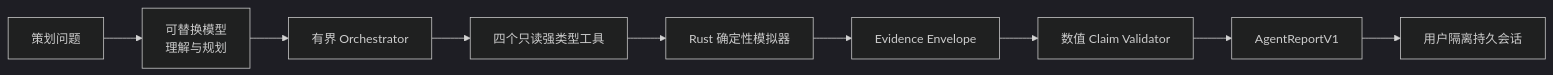
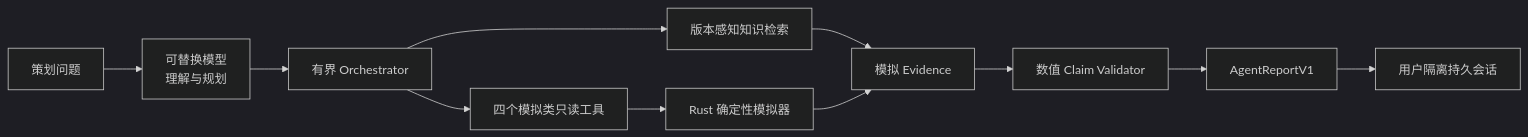
One commit to LinXin-CMU/jx3-combat-sim changed the diagram in docs/AGENT_PORTFOLIO_CASE_STUDY.md. Above: the diagram before and after it, drawn with Mermaid (dark theme). The commit also changed other lines of this file and 14 other files, not shown here.

````diff
--- a/docs/AGENT_PORTFOLIO_CASE_STUDY.md
+++ b/docs/AGENT_PORTFOLIO_CASE_STUDY.md
@@ -15,11 +15,13 @@
 ```mermaid
 flowchart LR
     Q[策划问题] --> LLM[可替换模型<br/>理解与规划]
     LLM --> R[有界 Orchestrator]
-    R --> T[四个只读强类型工具]
+    R --> K[版本感知知识检索]
+    R --> T[四个模拟类只读工具]
+    K --> E[资料 Evidence]
     T --> S[Rust 确定性模拟器]
-    S --> E[Evidence Envelope]
+    S --> E[模拟 Evidence]
     E --> V[数值 Claim Validator]
     V --> P[AgentReportV1]
     P --> H[用户隔离持久会话]
 ```
````
